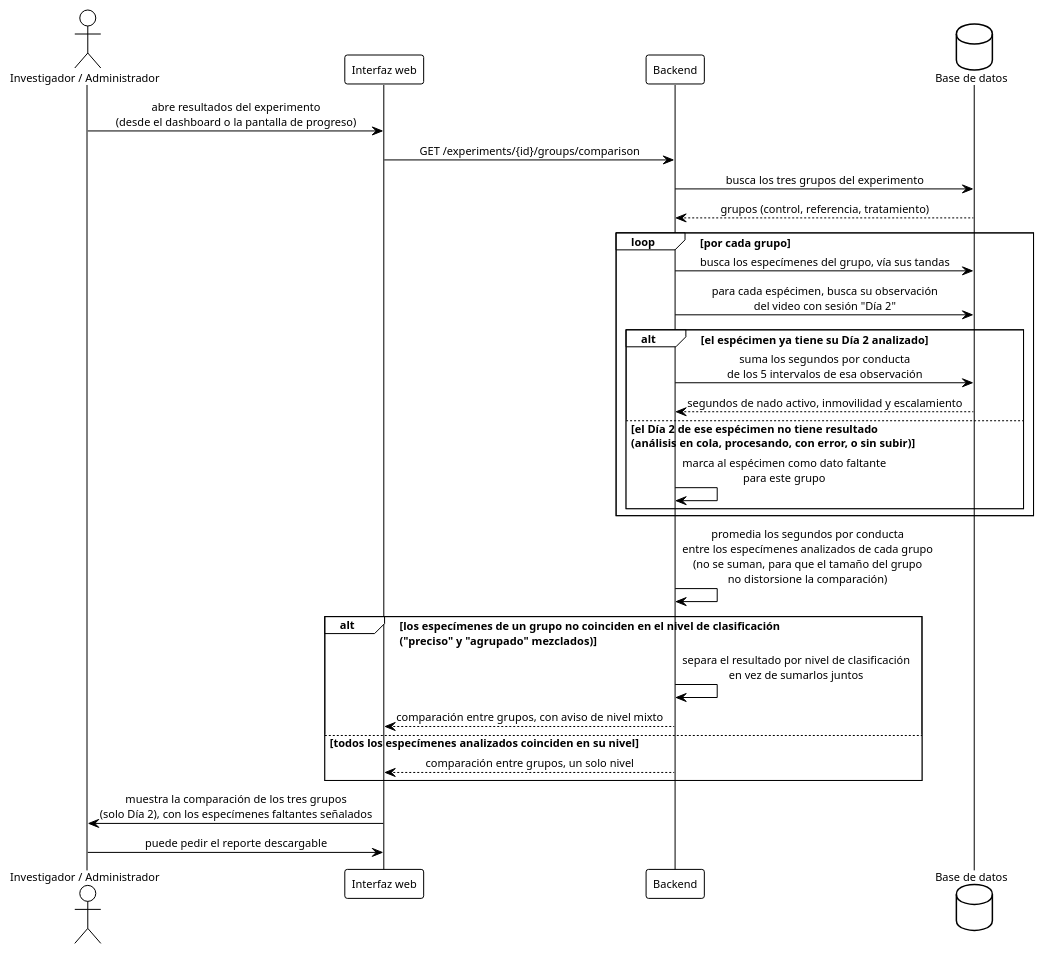
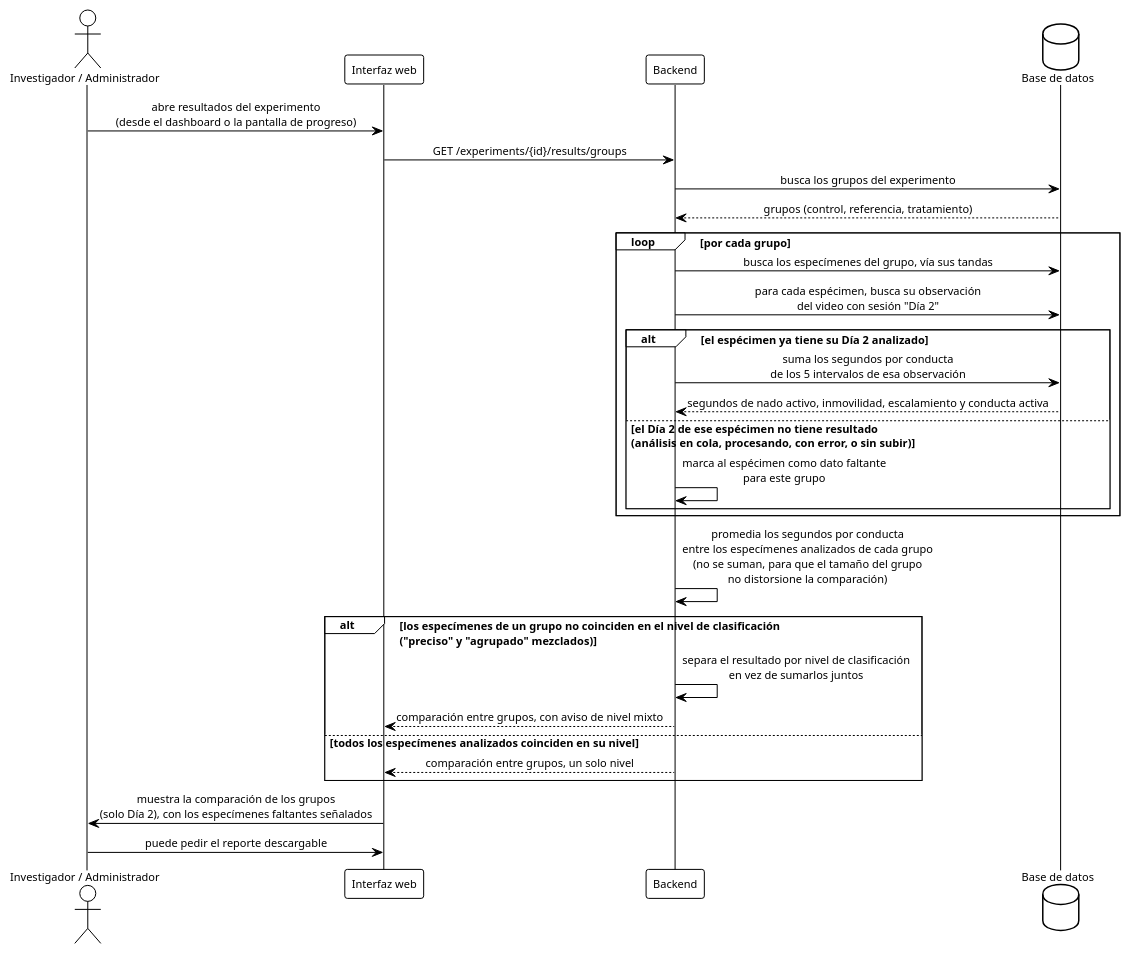
Before and after one commit to ErickJester/fst-ai-system-latex: diagram 35 of 38 in INSTRUCCIONES-WEB.md, drawn with PlantUML. The commit also changed other lines of this file and 9 other files, not shown here.

````diff
--- a/INSTRUCCIONES-WEB.md
+++ b/INSTRUCCIONES-WEB.md
@@ -2345,42 +2344,42 @@
 ```plantuml
 @startuml seq_consulta_resultados
 !theme plain
 skinparam defaultFontName Arial
 skinparam defaultFontSize 11
 skinparam shadowing false
 skinparam sequenceMessageAlign center
 skinparam BoxPadding 10
 actor "Investigador / Administrador" as inv
 participant "Interfaz web" as ui
 participant Backend as api
 database "Base de datos" as db
 
 inv -> ui: abre resultados del experimento\n(desde el dashboard o la pantalla de progreso)
-ui -> api: GET /experiments/{id}/groups/comparison
-api -> db: busca los tres grupos del experimento
+ui -> api: GET /experiments/{id}/results/groups
+api -> db: busca los grupos del experimento
 db --> api: grupos (control, referencia, tratamiento)
 
 loop por cada grupo
   api -> db: busca los especímenes del grupo, vía sus tandas
   api -> db: para cada espécimen, busca su observación\ndel video con sesión "Día 2"
   alt el espécimen ya tiene su Día 2 analizado
     api -> db: suma los segundos por conducta\nde los 5 intervalos de esa observación
-    db --> api: segundos de nado activo, inmovilidad y escalamiento
+    db --> api: segundos de nado activo, inmovilidad, escalamiento y conducta activa
   else el Día 2 de ese espécimen no tiene resultado\n(análisis en cola, procesando, con error, o sin subir)
     api -> api: marca al espécimen como dato faltante\npara este grupo
   end
 end
 
 api -> api: promedia los segundos por conducta\nentre los especímenes analizados de cada grupo\n(no se suman, para que el tamaño del grupo\nno distorsione la comparación)
 
 alt los especímenes de un grupo no coinciden en el nivel de clasificación\n("preciso" y "agrupado" mezclados)
   api -> api: separa el resultado por nivel de clasificación\nen vez de sumarlos juntos
   api --> ui: comparación entre grupos, con aviso de nivel mixto
 else todos los especímenes analizados coinciden en su nivel
   api --> ui: comparación entre grupos, un solo nivel
 end
 
-ui -> inv: muestra la comparación de los tres grupos\n(solo Día 2), con los especímenes faltantes señalados
+ui -> inv: muestra la comparación de los grupos\n(solo Día 2), con los especímenes faltantes señalados
 inv -> ui: puede pedir el reporte descargable
 @enduml
 ```
````
